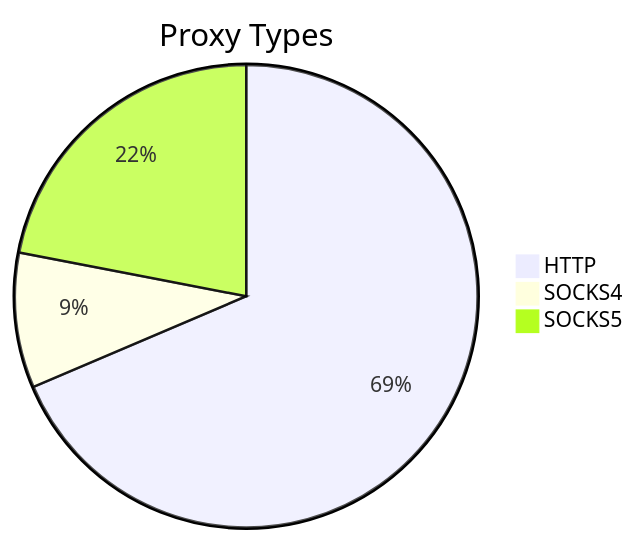
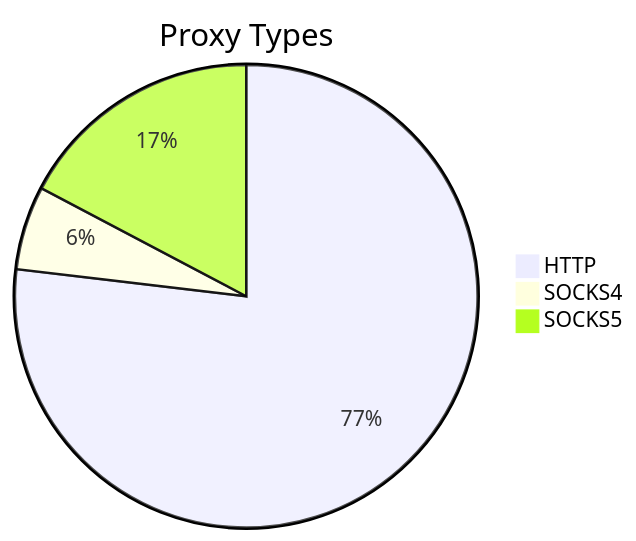
One commit to stormsia/proxy-list changed the first of 2 diagrams in README.md. Above: the diagram before and after it, drawn with Mermaid. The commit also changed other lines of this file, not shown here.

````diff
--- a/README.md
+++ b/README.md
@@ -21,6 +21,6 @@
 ```mermaid
 pie title Proxy Types
-    "HTTP" : 356
-    "SOCKS4" : 49
-    "SOCKS5" : 114
+    "HTTP" : 565
+    "SOCKS4" : 43
+    "SOCKS5" : 127
 ```
````
